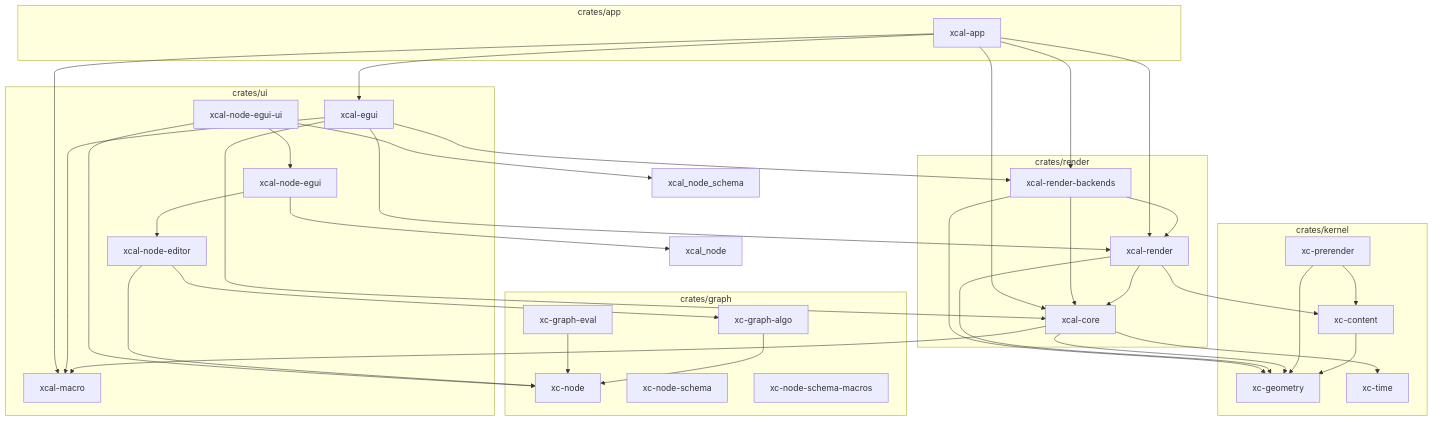
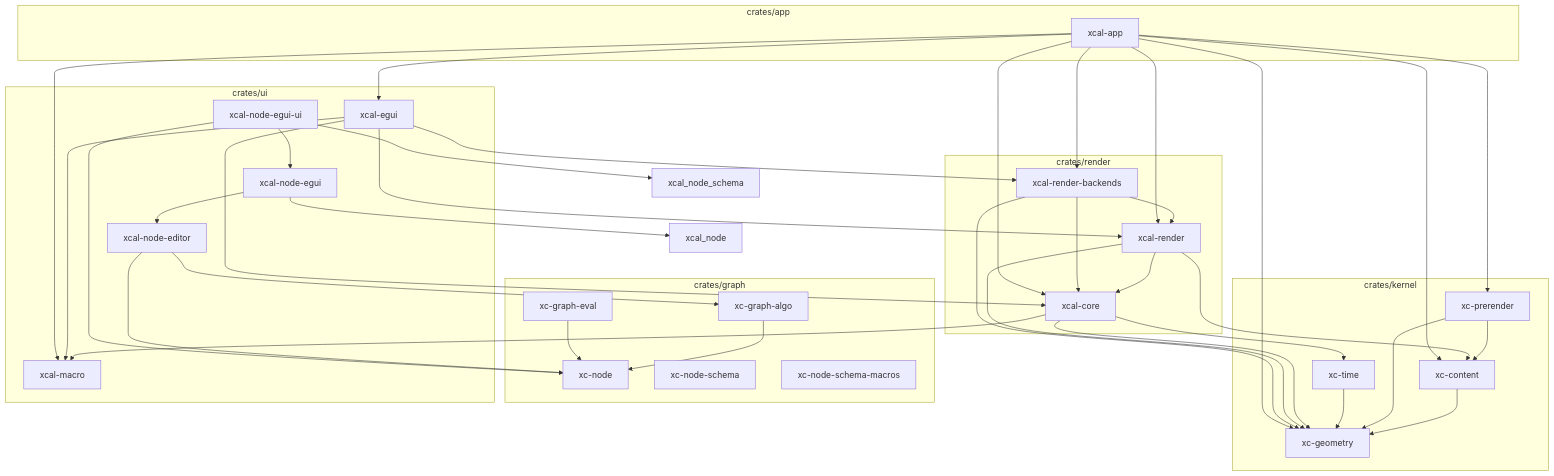
The diagram in ARCHITECTURE.md (xcrtp/xcal-rs), drawn with Mermaid before and after one commit. The commit also changed other lines of this file and 23 other files, not shown here.

````diff
--- a/ARCHITECTURE.md
+++ b/ARCHITECTURE.md
@@ -21,77 +21,81 @@
 ```mermaid
 graph TD
     subgraph kernel[crates/kernel]
         xc_geometry["xc-geometry"]
         xc_content["xc-content"]
         xc_prerender["xc-prerender"]
         xc_time["xc-time"]
     end
 
     subgraph graph[crates/graph]
         xc_node["xc-node"]
         xc_graph_algo["xc-graph-algo"]
         xc_graph_eval["xc-graph-eval"]
         xc_node_schema["xc-node-schema"]
         xc_node_schema_macros["xc-node-schema-macros"]
     end
 
     subgraph render[crates/render]
         xcal_core["xcal-core"]
         xcal_render["xcal-render"]
         xcal_render_backends["xcal-render-backends"]
     end
 
     subgraph ui[crates/ui]
         xcal_macro["xcal-macro"]
         xcal_egui["xcal-egui"]
         xcal_node_editor["xcal-node-editor"]
         xcal_node_egui["xcal-node-egui"]
         xcal_node_egui_ui["xcal-node-egui-ui"]
     end
 
     subgraph app[crates/app]
         xcal_app["xcal-app"]
     end
 
     %% kernel
     xc_geometry
     xc_content --> xc_geometry
     xc_prerender --> xc_content
     xc_prerender --> xc_geometry
+    xc_time --> xc_geometry
 
     %% graph → kernel
     xc_graph_algo --> xc_node
     xc_graph_eval --> xc_node
 
     %% render → kernel + graph + UI sibling
     xcal_core --> xc_geometry
     xcal_core --> xc_time
     xcal_core --> xcal_macro
     xcal_render --> xc_content
     xcal_render --> xc_geometry
     xcal_render --> xcal_core
     xcal_render_backends --> xc_geometry
     xcal_render_backends --> xcal_core
     xcal_render_backends --> xcal_render
 
     %% ui → kernel + graph + render
     xcal_macro
     xcal_egui --> xcal_core
     xcal_egui --> xcal_macro
     xcal_egui --> xcal_render
     xcal_egui --> xcal_render_backends
     xcal_node_editor --> xc_node
     xcal_node_editor --> xc_graph_algo
     xcal_node_egui --> xcal_node
     xcal_node_egui --> xcal_node_editor
     xcal_node_egui_ui --> xc_node
     xcal_node_egui_ui --> xcal_node_schema
     xcal_node_egui_ui --> xcal_node_egui
 
     %% app → everything
     xcal_app --> xcal_core
     xcal_app --> xcal_macro
     xcal_app --> xcal_egui
     xcal_app --> xcal_render
     xcal_app --> xcal_render_backends
+    xcal_app --> xc_content
+    xcal_app --> xc_prerender
+    xcal_app --> xc_geometry
 ```
````
